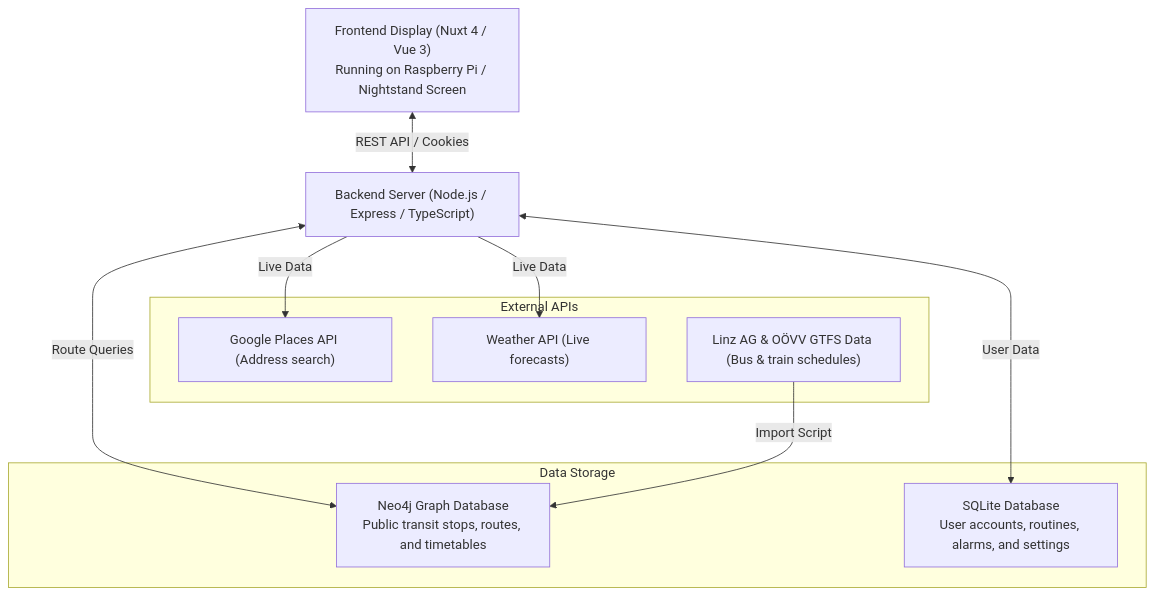
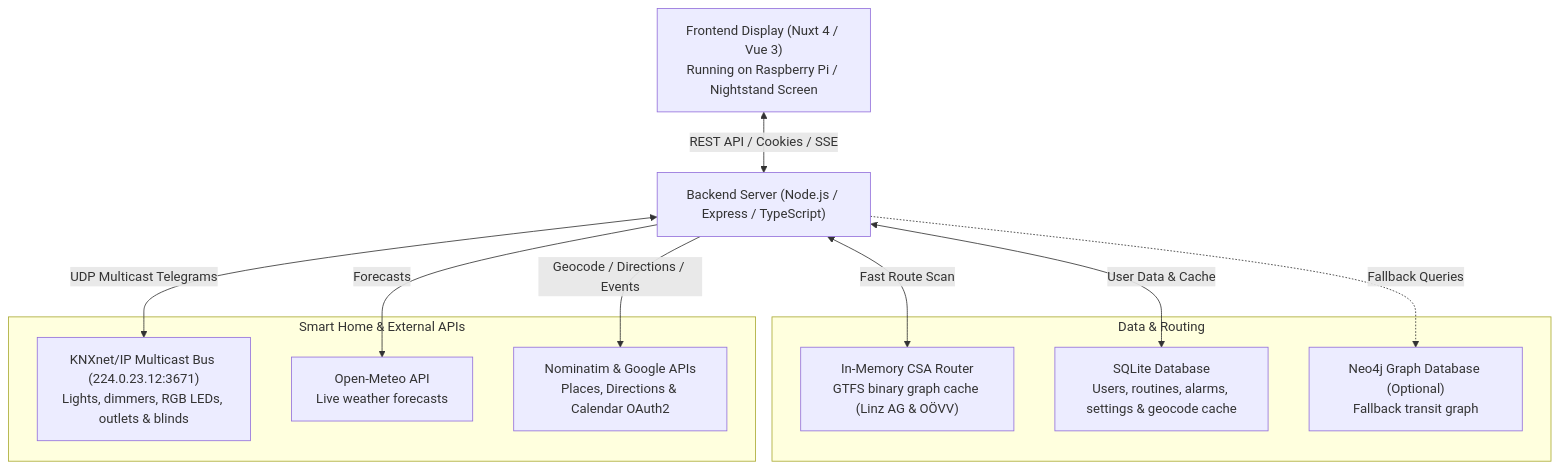
Before and after one commit to adirnberger-htl/smarthub: the diagram in README.md, drawn with Mermaid. The commit also changed other lines of this file and 20 other files, not shown here.

````diff
--- a/README.md
+++ b/README.md
@@ -37,23 +39,25 @@
 ```mermaid
 flowchart TD
     Browser["Frontend Display (Nuxt 4 / Vue 3)\nRunning on Raspberry Pi / Nightstand Screen"]
     Backend["Backend Server (Node.js / Express / TypeScript)"]
-    
-    subgraph Data Storage
-        Neo4j["Neo4j Graph Database\nPublic transit stops, routes, and timetables"]
-        SQLite["SQLite Database\nUser accounts, routines, alarms, and settings"]
+
+    subgraph Data & Routing
+        CSA["In-Memory CSA Router\nGTFS binary graph cache (Linz AG & OÖVV)"]
+        SQLite["SQLite Database\nUsers, routines, alarms, settings & geocode cache"]
+        Neo4j["Neo4j Graph Database (Optional)\nFallback transit graph"]
     end
 
-    subgraph External APIs
-        Google["Google Places API (Address search)"]
-        Weather["Weather API (Live forecasts)"]
-        GTFS["Linz AG & OÖVV GTFS Data (Bus & train schedules)"]
+    subgraph Smart Home & External APIs
+        KNX["KNXnet/IP Multicast Bus (224.0.23.12:3671)\nLights, dimmers, RGB LEDs, outlets & blinds"]
+        OpenMeteo["Open-Meteo API\nLive weather forecasts"]
+        Geocoding["Nominatim & Google APIs\nPlaces, Directions & Calendar OAuth2"]
     end
 
-    Browser <-->|REST API / Cookies| Backend
-    Backend <-->|Route Queries| Neo4j
-    Backend <-->|User Data| SQLite
-    Backend -->|Live Data| Google
-    Backend -->|Live Data| Weather
-    GTFS -->|Import Script| Neo4j
+    Browser <-->|REST API / Cookies / SSE| Backend
+    Backend <-->|Fast Route Scan| CSA
+    Backend <-->|User Data & Cache| SQLite
+    Backend -.->|Fallback Queries| Neo4j
+    Backend <-->|UDP Multicast Telegrams| KNX
+    Backend -->|Forecasts| OpenMeteo
+    Backend -->|Geocode / Directions / Events| Geocoding
 ```
````
